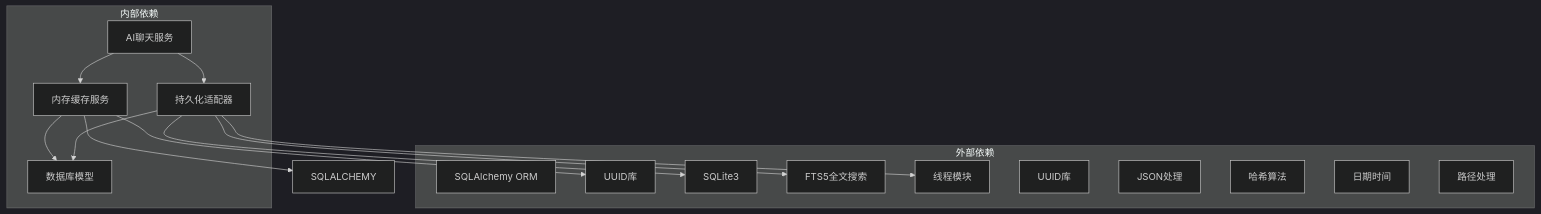
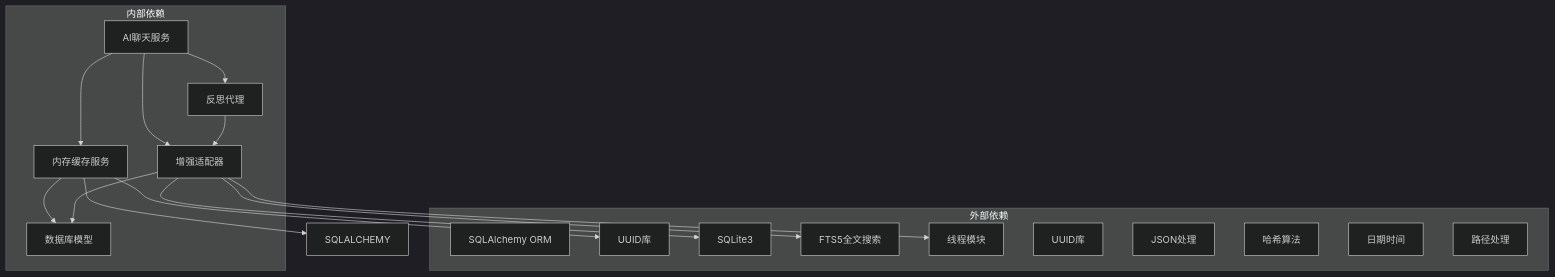
Before and after one commit to xfbyxq/ai-novel-system: the seventh of 8 diagrams in .qoder/repowiki/zh/content/Memory Service.md, drawn with Mermaid (dark theme). The commit also changed other lines of this file and 11 other files, not shown here.

````diff
--- a/.qoder/repowiki/zh/content/Memory Service.md
+++ b/.qoder/repowiki/zh/content/Memory Service.md
@@ -391,30 +535,33 @@
 ```mermaid
 graph TB
 subgraph "外部依赖"
 SQLAlchemy[SQLAlchemy ORM]
 UUID[UUID库]
 SQLite[SQLite3]
 FTS5[FTS5全文搜索]
 threading[线程模块]
 uuid[UUID库]
 json[JSON处理]
 hashlib[哈希算法]
 datetime[日期时间]
 pathlib[路径处理]
 end
 subgraph "内部依赖"
 AI_CHAT_SERVICE[AI聊天服务]
+REFLECTION_AGENT[反思代理]
 DATABASE_MODELS[数据库模型]
 MEMORY_SERVICE[内存缓存服务]
-PERSISTENT_ADAPTER[持久化适配器]
+PERSISTENT_ADAPTER[增强适配器]
 end
 AI_CHAT_SERVICE --> MEMORY_SERVICE
 AI_CHAT_SERVICE --> PERSISTENT_ADAPTER
+AI_CHAT_SERVICE --> REFLECTION_AGENT
+REFLECTION_AGENT --> PERSISTENT_ADAPTER
 MEMORY_SERVICE --> DATABASE_MODELS
 PERSISTENT_ADAPTER --> DATABASE_MODELS
 MEMORY_SERVICE --> UUID
 MEMORY_SERVICE --> SQLALCHEMY
 PERSISTENT_ADAPTER --> SQLite
 PERSISTENT_ADAPTER --> FTS5
 PERSISTENT_ADAPTER --> threading
 ```
````
